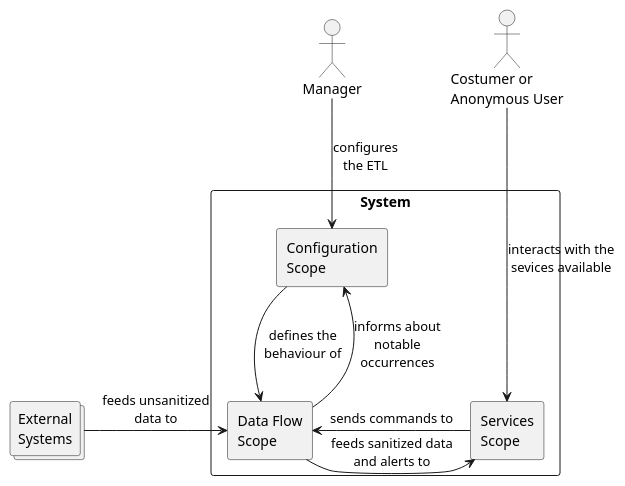
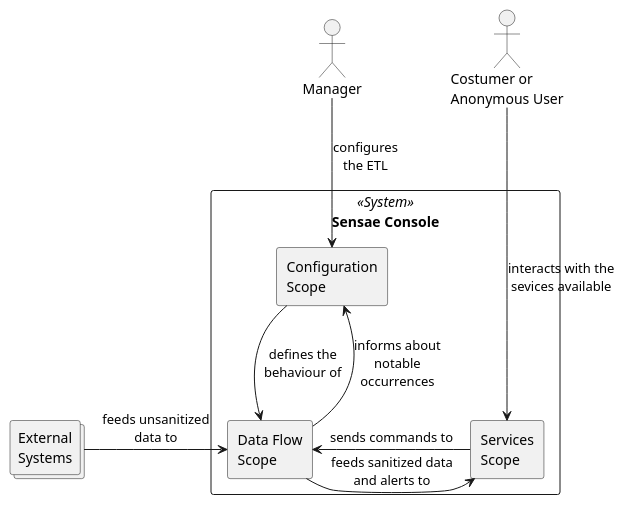
Before and after one commit to FilipeMCruz/dissertation: the diagram in assets/diagrams/design/scopes.pu, drawn with PlantUML. The commit also changed 11 other files, not shown here.

Commit message:
Fixed some diagrams

```diff
--- a/assets/diagrams/design/scopes.pu
+++ b/assets/diagrams/design/scopes.pu
@@ -1,32 +1,32 @@
 @startuml scopes
 
 skinparam componentStyle rectangle
 
 actor Manager
 
 actor "Costumer or\nAnonymous User" as User
 
 collections "External\nSystems" as ExternalSystem
 
-component "System" {
+component "Sensae Console"<<System>> {
 
     component "Configuration\nScope" as Configuration
 
     component "Data Flow\nScope" as DataFlow
 
     component "Services\nScope" as Service
 }
 
 ExternalSystem -> DataFlow : feeds unsanitized\ndata to
 
 Configuration --> DataFlow : defines the\nbehaviour of
 Configuration <-- DataFlow : informs about\nnotable\noccurrences
 
 DataFlow -> Service : feeds sanitized data\nand alerts to
 Service -> DataFlow : sends commands to
 
 Manager --> Configuration : configures\nthe ETL
 
 User ---> Service : interacts with the\nsevices available
 
 @enduml
```
